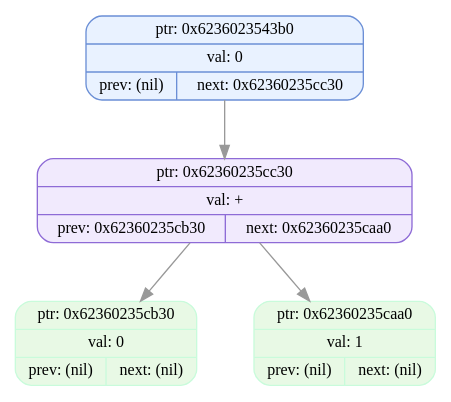
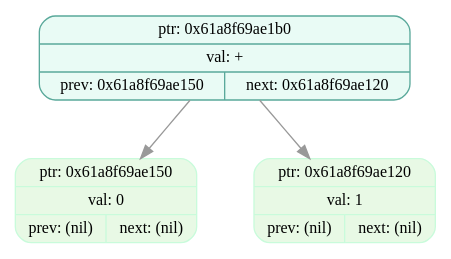
One commit to EvilTomato9890/Difference changed the diagram in dumps/tree_dump_007.dot. Above: the diagram before and after it, drawn with Graphviz. The commit also changed 37 other files, not shown here.

```diff
--- a/dumps/tree_dump_007.dot
+++ b/dumps/tree_dump_007.dot
@@ -1,11 +1,9 @@
 digraph T{
   node [fontname="Fira Mono",shape=record,style="filled,rounded",fontsize=12];
   graph [splines=true, nodesep=0.6, ranksep=0.6];
-  node_0x6236023543b0[shape=record,label="{ {ptr: 0x6236023543b0} | {val: 0} | { prev: (nil) | next: 0x62360235cc30 } }",color="#6b8fd6",fillcolor="#e9f2ff"];
-  node_0x62360235cc30[shape=record,label="{ {ptr: 0x62360235cc30} | {val: +} | { prev: 0x62360235cb30 | next: 0x62360235caa0 } }",color="#8e6bd6",fillcolor="#f1eafd"];
-  node_0x62360235cb30[shape=record,label="{ {ptr: 0x62360235cb30} | {val: 0} | { prev: (nil) | next: (nil) } }",color="#c9fbdbff",fillcolor="#e8f9e5ff"];
-  node_0x62360235caa0[shape=record,label="{ {ptr: 0x62360235caa0} | {val: 1} | { prev: (nil) | next: (nil) } }",color="#c9fbdbff",fillcolor="#e8f9e5ff"];
-  node_0x6236023543b0 -> node_0x62360235cc30 [color="#999999"];
-  node_0x62360235cc30 -> node_0x62360235cb30 [color="#999999"];
-  node_0x62360235cc30 -> node_0x62360235caa0 [color="#999999"];
+  node_0x61a8f69ae1b0[shape=record,label="{ {ptr: 0x61a8f69ae1b0} | {val: +} | { prev: 0x61a8f69ae150 | next: 0x61a8f69ae120 } }",color="#5aa99b",fillcolor="#e9fbf5"];
+  node_0x61a8f69ae150[shape=record,label="{ {ptr: 0x61a8f69ae150} | {val: 0} | { prev: (nil) | next: (nil) } }",color="#c9fbdbff",fillcolor="#e8f9e5ff"];
+  node_0x61a8f69ae120[shape=record,label="{ {ptr: 0x61a8f69ae120} | {val: 1} | { prev: (nil) | next: (nil) } }",color="#c9fbdbff",fillcolor="#e8f9e5ff"];
+  node_0x61a8f69ae1b0 -> node_0x61a8f69ae150 [color="#999999"];
+  node_0x61a8f69ae1b0 -> node_0x61a8f69ae120 [color="#999999"];
 }
```
